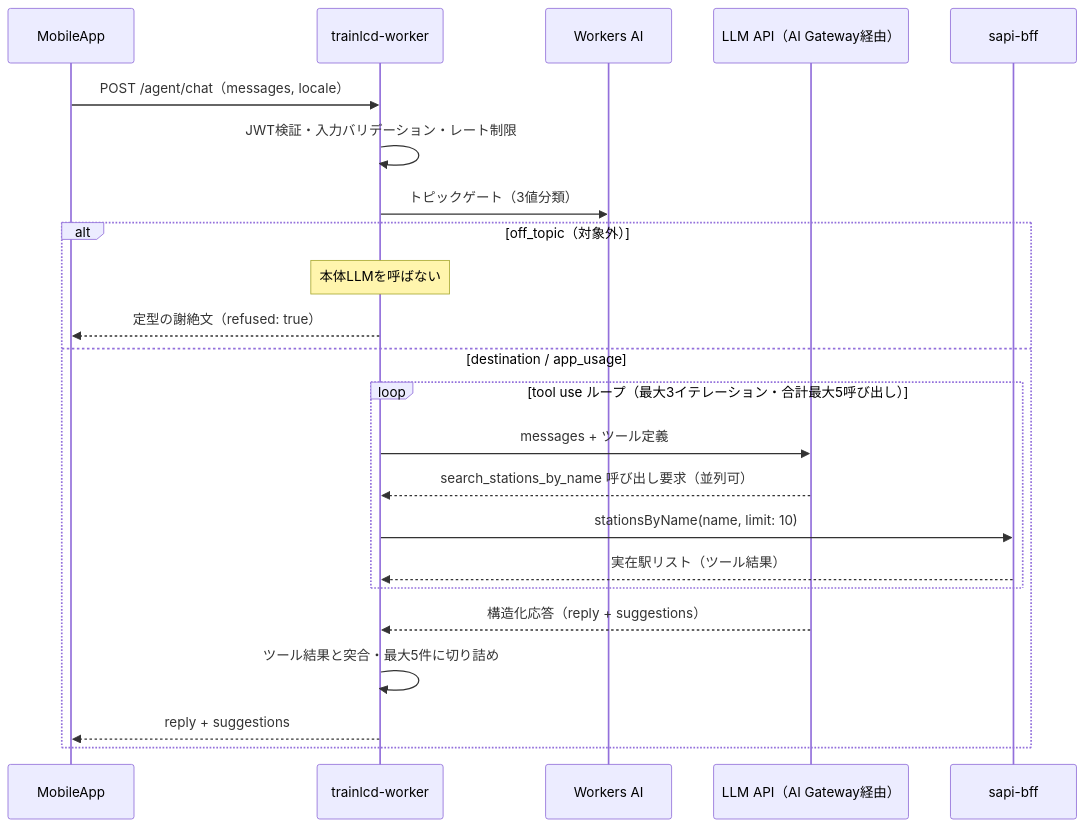
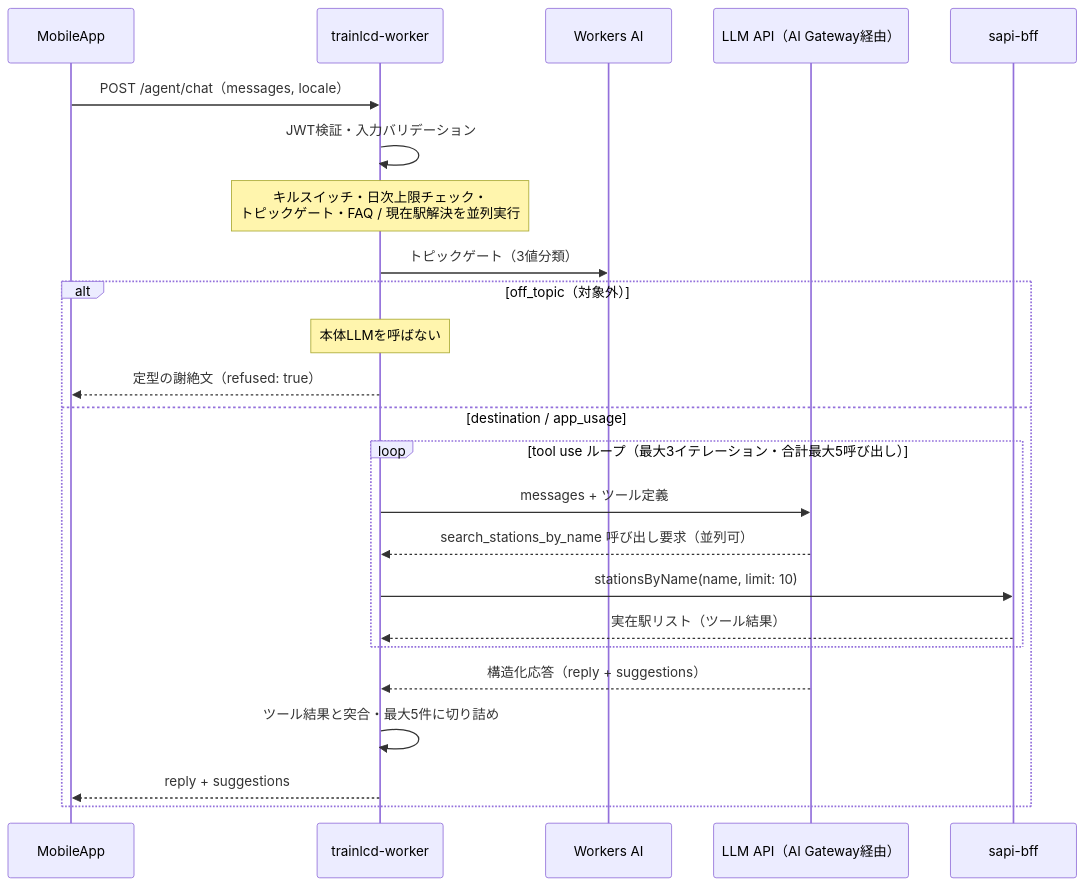
The second of 2 diagrams in docs/spec/ai-agent/architecture.md (TrainLCD/MobileApp), drawn with Mermaid before and after one commit. The commit also changed other lines of this file and 9 other files, not shown here.

````diff
--- a/docs/spec/ai-agent/architecture.md
+++ b/docs/spec/ai-agent/architecture.md
@@ -255,26 +255,27 @@
 ```mermaid
 sequenceDiagram
   participant App as MobileApp
   participant W as trainlcd-worker
   participant WAI as Workers AI
   participant LLM as LLM API（AI Gateway経由）
   participant S as sapi-bff
 
   App->>W: POST /agent/chat（messages, locale）
-  W->>W: JWT検証・入力バリデーション・レート制限
+  W->>W: JWT検証・入力バリデーション
+  Note over W: キルスイッチ・日次上限チェック・<br>トピックゲート・FAQ / 現在駅解決を並列実行
   W->>WAI: トピックゲート（3値分類）
   alt off_topic（対象外）
     Note over W: 本体LLMを呼ばない
     W-->>App: 定型の謝絶文（refused: true）
   else destination / app_usage
     loop tool use ループ（最大3イテレーション・合計最大5呼び出し）
       W->>LLM: messages + ツール定義
       LLM-->>W: search_stations_by_name 呼び出し要求（並列可）
       W->>S: stationsByName(name, limit: 10)
       S-->>W: 実在駅リスト（ツール結果）
     end
     LLM-->>W: 構造化応答（reply + suggestions）
     W->>W: ツール結果と突合・最大5件に切り詰め
     W-->>App: reply + suggestions
   end
 ```
````
